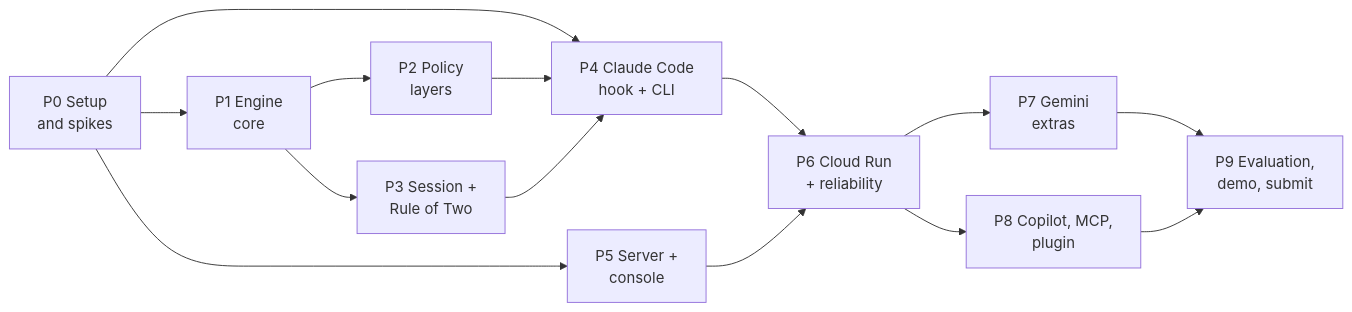
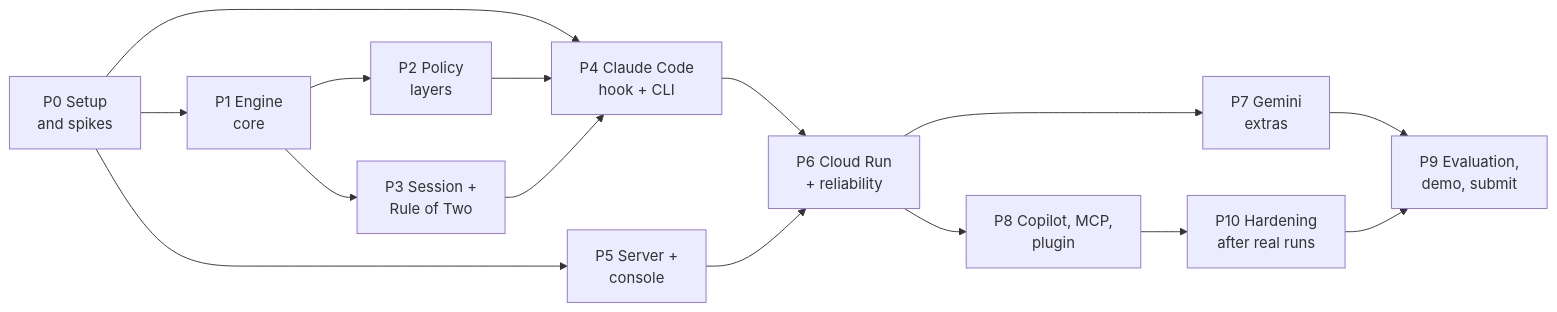
The diagram in docs/IMPLEMENTATION-PLAN.md (Rahul12KumarSingh/agent_sheild), drawn with Mermaid before and after one commit. The commit also changed other lines of this file and 3 other files, not shown here.

````diff
--- a/docs/IMPLEMENTATION-PLAN.md
+++ b/docs/IMPLEMENTATION-PLAN.md
@@ -21,16 +21,17 @@
 ```mermaid
 flowchart LR
     P0["P0 Setup<br/>and spikes"] --> P1["P1 Engine<br/>core"]
     P0 --> P4["P4 Claude Code<br/>hook + CLI"]
     P1 --> P2["P2 Policy<br/>layers"]
     P1 --> P3["P3 Session +<br/>Rule of Two"]
     P2 --> P4
     P3 --> P4
     P0 --> P5["P5 Server +<br/>console"]
     P4 --> P6["P6 Cloud Run<br/>+ reliability"]
     P5 --> P6
     P6 --> P7["P7 Gemini<br/>extras"]
     P6 --> P8["P8 Copilot, MCP,<br/>plugin"]
     P7 --> P9["P9 Evaluation,<br/>demo, submit"]
-    P8 --> P9
+    P8 --> P10["P10 Hardening<br/>after real runs"]
+    P10 --> P9
 ```
````
